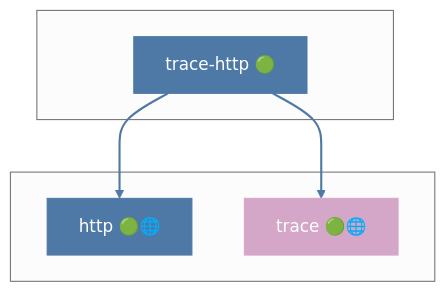
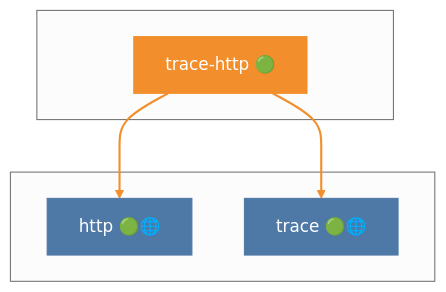
One commit to grest-ts/grest-ts changed diagram 39 of 41 in docs/DEPENDENCIES.md. Above: the diagram before and after it, drawn with Mermaid (neutral theme). The commit also changed other lines of this file and 31 other files, not shown here.

````diff
--- a/docs/DEPENDENCIES.md
+++ b/docs/DEPENDENCIES.md
@@ -1771,17 +1783,17 @@
 ```mermaid
 flowchart TB
     subgraph Package[" "]
         trace-http["trace-http 🟢"]
     end
     subgraph Dependencies[" "]
         http["http 🟢🌐"]
         trace["trace 🟢🌐"]
     end
     trace-http --> http
     trace-http --> trace
-    style trace-http fill:#4E79A7,stroke:#4E79A7,color:#fff
+    style trace-http fill:#F28E2B,stroke:#F28E2B,color:#fff
     style http fill:#4E79A7,stroke:#4E79A7,color:#fff
-    style trace fill:#D4A6C8,stroke:#D4A6C8,color:#fff
-    linkStyle 0 stroke:#4E79A7,stroke-width:2px
-    linkStyle 1 stroke:#4E79A7,stroke-width:2px
+    style trace fill:#4E79A7,stroke:#4E79A7,color:#fff
+    linkStyle 0 stroke:#F28E2B,stroke-width:2px
+    linkStyle 1 stroke:#F28E2B,stroke-width:2px
 ```
````
